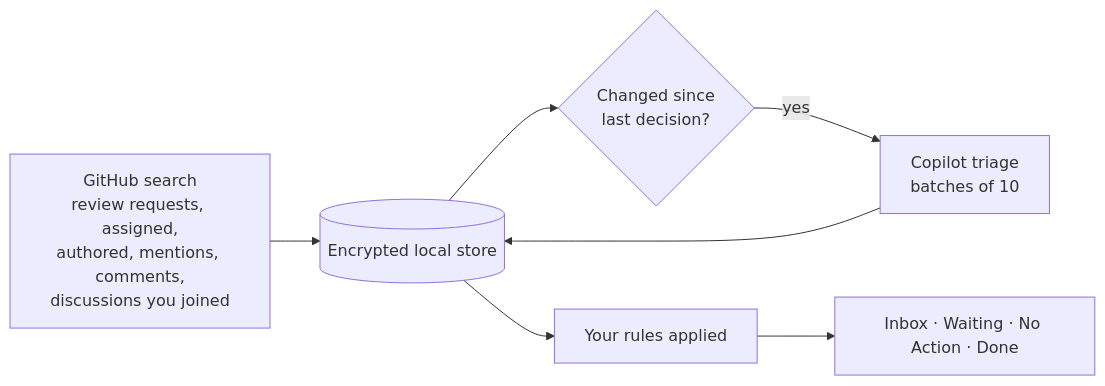
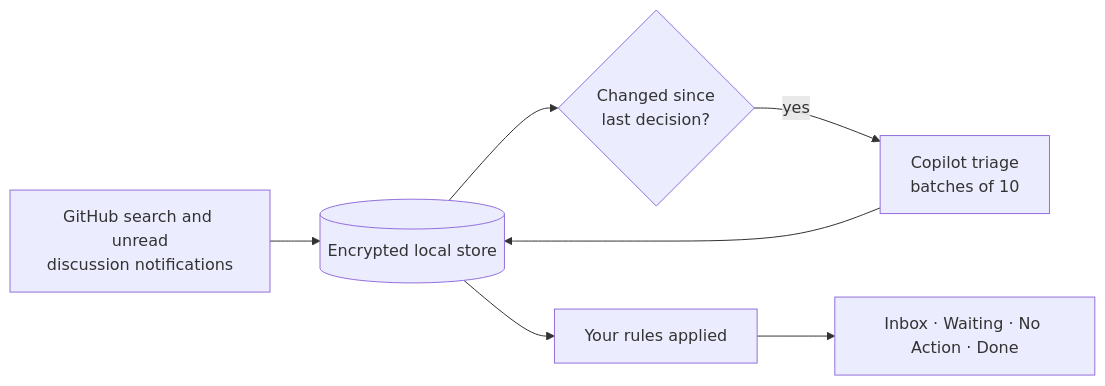
Before and after one commit to dbuskariol/triage: the diagram in README.md, drawn with Mermaid. The commit also changed other lines of this file and 14 other files, not shown here.

First line of the commit message:
Show unread discussions you only watch

````diff
--- a/README.md
+++ b/README.md
@@ -24,9 +24,9 @@
 ```mermaid
 flowchart LR
-    A[GitHub search<br/>review requests, assigned,<br/>authored, mentions, comments,<br/>discussions you joined] --> B[(Encrypted local store)]
+    A[GitHub search and unread<br/>discussion notifications] --> B[(Encrypted local store)]
     B --> C{Changed since<br/>last decision?}
     C -- yes --> D[Copilot triage<br/>batches of 10]
     D --> B
     B --> E[Your rules applied]
     E --> F[Inbox · Waiting · No Action · Done]
 ```
````
